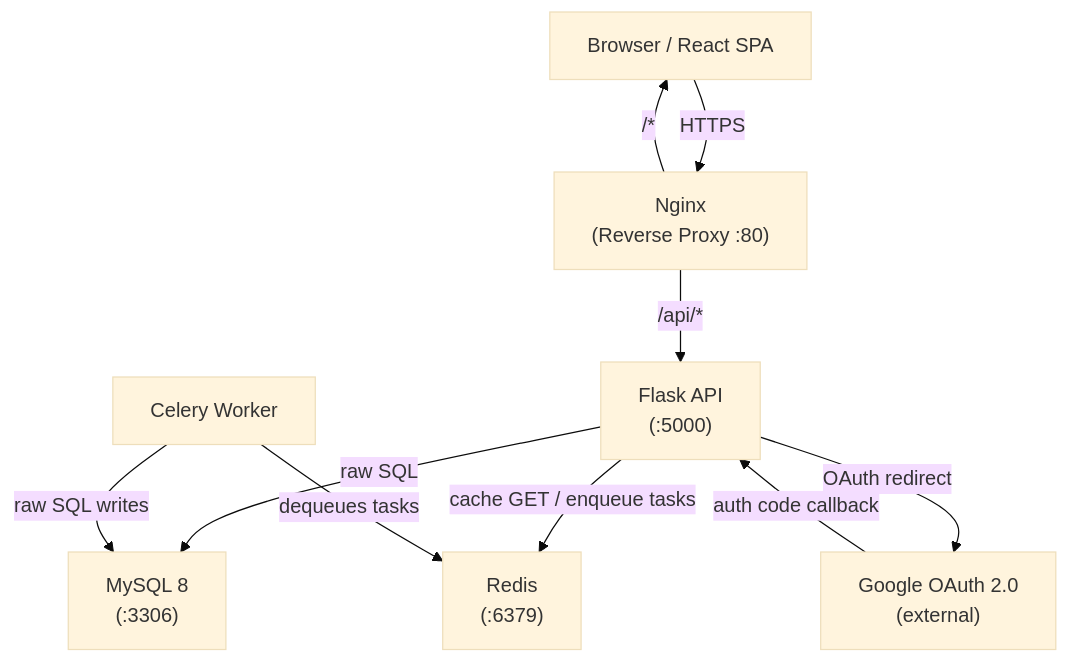
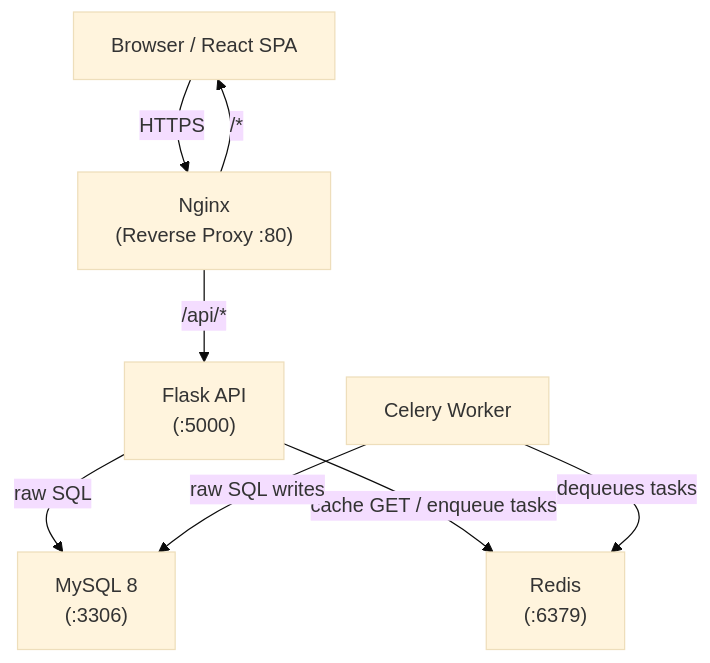
One commit to camarly/course-management-system changed the first of 5 diagrams in docs/PROJECT_PLAN.md. Above: the diagram before and after it, drawn with Mermaid (base theme). The commit also changed other lines of this file and 33 other files, not shown here.

````diff
--- a/docs/PROJECT_PLAN.md
+++ b/docs/PROJECT_PLAN.md
@@ -39,20 +39,17 @@
 ```mermaid
 graph TD
     Browser["Browser / React SPA"]
     Nginx["Nginx\n(Reverse Proxy :80)"]
     Flask["Flask API\n(:5000)"]
     MySQL["MySQL 8\n(:3306)"]
     Redis["Redis\n(:6379)"]
     Celery["Celery Worker"]
-    Google["Google OAuth 2.0\n(external)"]
 
     Browser -->|"HTTPS"| Nginx
     Nginx -->|"/api/*"| Flask
     Nginx -->|"/*"| Browser
     Flask -->|"raw SQL"| MySQL
     Flask -->|"cache GET / enqueue tasks"| Redis
     Celery -->|"dequeues tasks"| Redis
     Celery -->|"raw SQL writes"| MySQL
-    Flask -->|"OAuth redirect"| Google
-    Google -->|"auth code callback"| Flask
 ```
````
